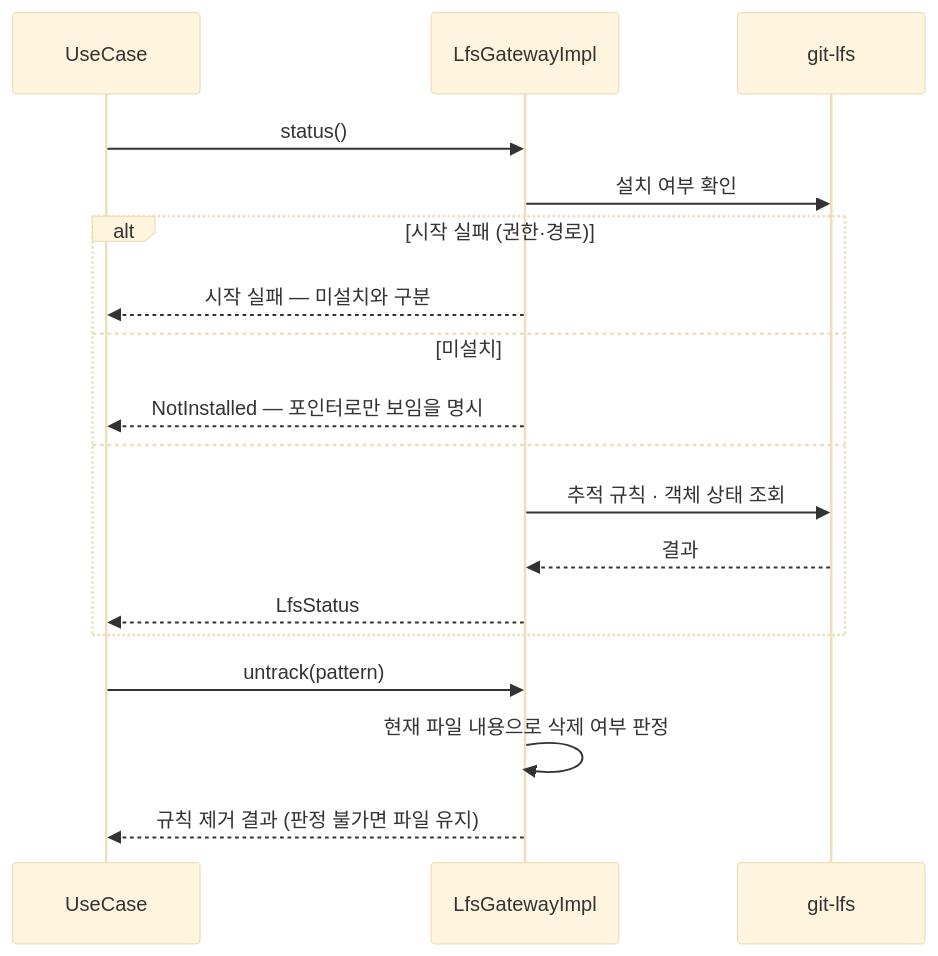
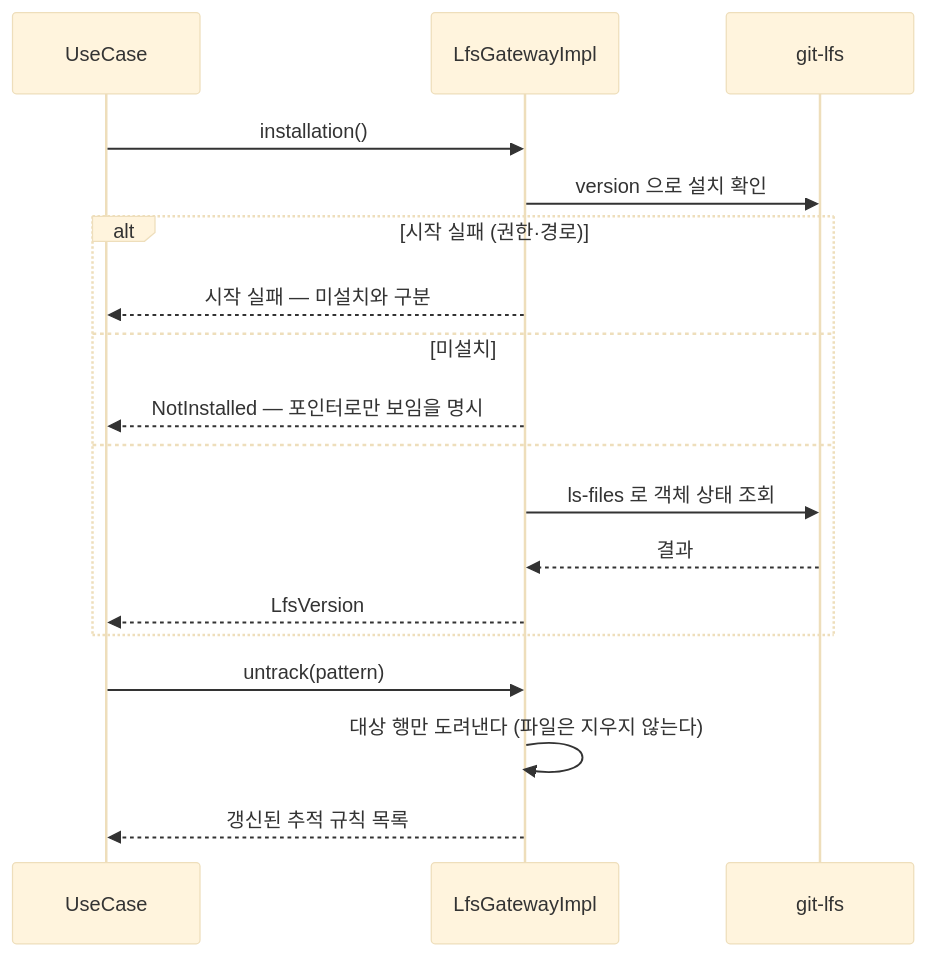
One commit to biuea3866/gitkraken-clone-app changed the first of 2 diagrams in tickets/UND-61-git-lfs.md. Above: the diagram before and after it, drawn with Mermaid (base theme). The commit also changed other lines of this file and 32 other files, not shown here.

````diff
--- a/tickets/UND-61-git-lfs.md
+++ b/tickets/UND-61-git-lfs.md
@@ -92,20 +133,20 @@
 ```mermaid
 sequenceDiagram
     participant UC as UseCase
     participant GW as LfsGatewayImpl
     participant Cli as git-lfs
-    UC->>GW: status()
-    GW->>Cli: 설치 여부 확인
+    UC->>GW: installation()
+    GW->>Cli: version 으로 설치 확인
     alt 시작 실패 (권한·경로)
         GW-->>UC: 시작 실패 — 미설치와 구분
     else 미설치
         GW-->>UC: NotInstalled — 포인터로만 보임을 명시
     else
-        GW->>Cli: 추적 규칙 · 객체 상태 조회
+        GW->>Cli: ls-files 로 객체 상태 조회
         Cli-->>GW: 결과
-        GW-->>UC: LfsStatus
+        GW-->>UC: LfsVersion
     end
     UC->>GW: untrack(pattern)
-    GW->>GW: 현재 파일 내용으로 삭제 여부 판정
-    GW-->>UC: 규칙 제거 결과 (판정 불가면 파일 유지)
+    GW->>GW: 대상 행만 도려낸다 (파일은 지우지 않는다)
+    GW-->>UC: 갱신된 추적 규칙 목록
 ```
````
